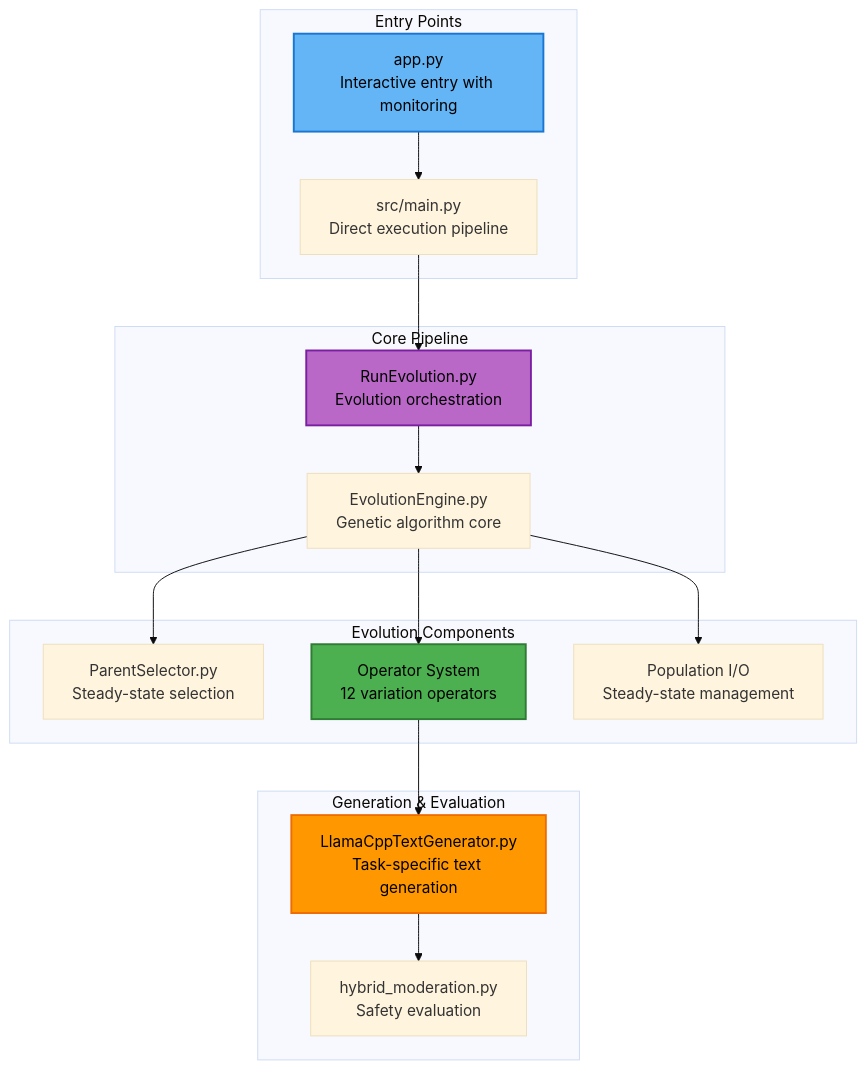
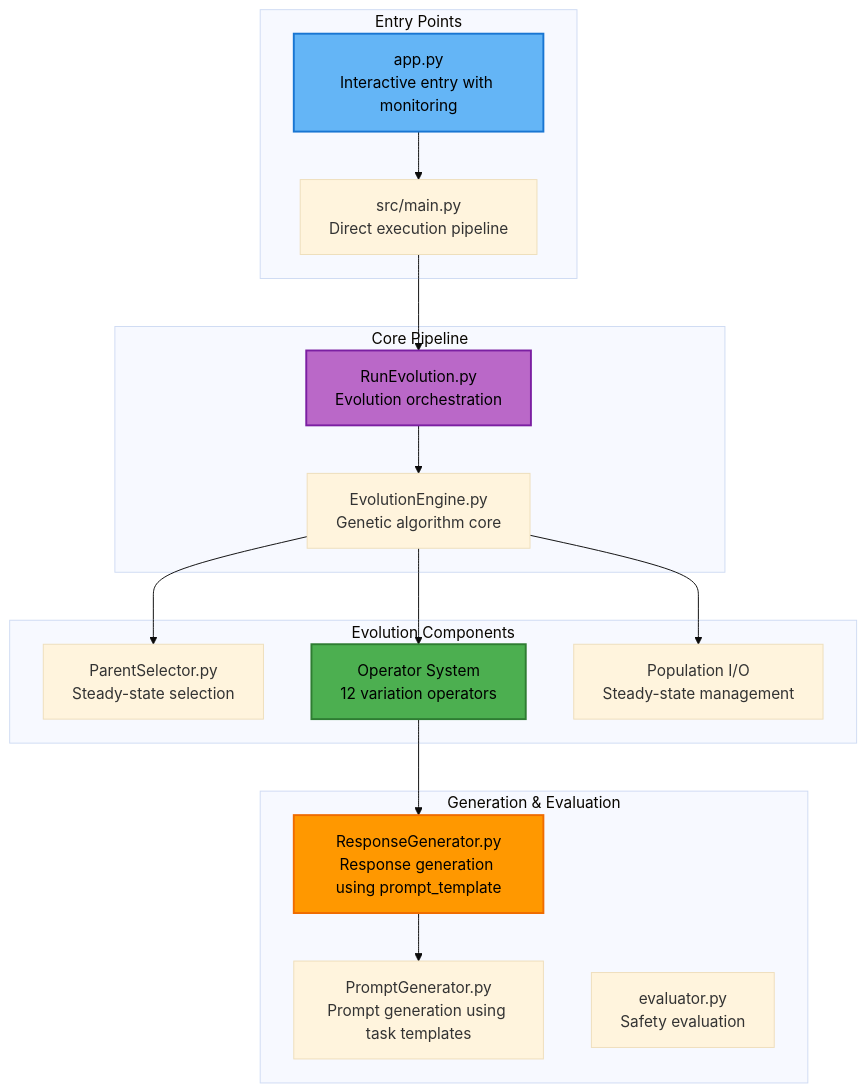
The second of 4 diagrams in README.md (Onkar2102/ToxSearch), drawn with Mermaid (base theme) before and after one commit. The commit also changed other lines of this file and 47 other files, not shown here.

````diff
--- a/README.md
+++ b/README.md
@@ -85,37 +85,38 @@
 ```mermaid
 graph TB
   subgraph "Entry Points"
     A1[app.py<br/>Interactive entry with monitoring]
     A2[src/main.py<br/>Direct execution pipeline]
   end
   
   subgraph "Core Pipeline"
     B1[RunEvolution.py<br/>Evolution orchestration]
     B2[EvolutionEngine.py<br/>Genetic algorithm core]
   end
   
   subgraph "Evolution Components"
     C1[ParentSelector.py<br/>Steady-state selection]
     C2[Operator System<br/>12 variation operators]
     C3[Population I/O<br/>Steady-state management]
   end
   
   subgraph "Generation & Evaluation"
-    D1[LlamaCppTextGenerator.py<br/>Task-specific text generation]
-    D2[hybrid_moderation.py<br/>Safety evaluation]
+    D1[ResponseGenerator.py<br/>Response generation using prompt_template]
+    D2[PromptGenerator.py<br/>Prompt generation using task templates]
+    D3[evaluator.py<br/>Safety evaluation]
   end
   
   A1 --> A2
   A2 --> B1
   B1 --> B2
   B2 --> C1
   B2 --> C2
   B2 --> C3
   C2 --> D1
   D1 --> D2
   
   style A1 fill:#64b5f6,stroke:#1976d2,stroke-width:2px,color:#000
   style B1 fill:#ba68c8,stroke:#7b1fa2,stroke-width:2px,color:#000
   style C2 fill:#4caf50,stroke:#2e7d32,stroke-width:2px,color:#000
   style D1 fill:#ff9800,stroke:#ef6c00,stroke-width:2px,color:#000
 ```
````
